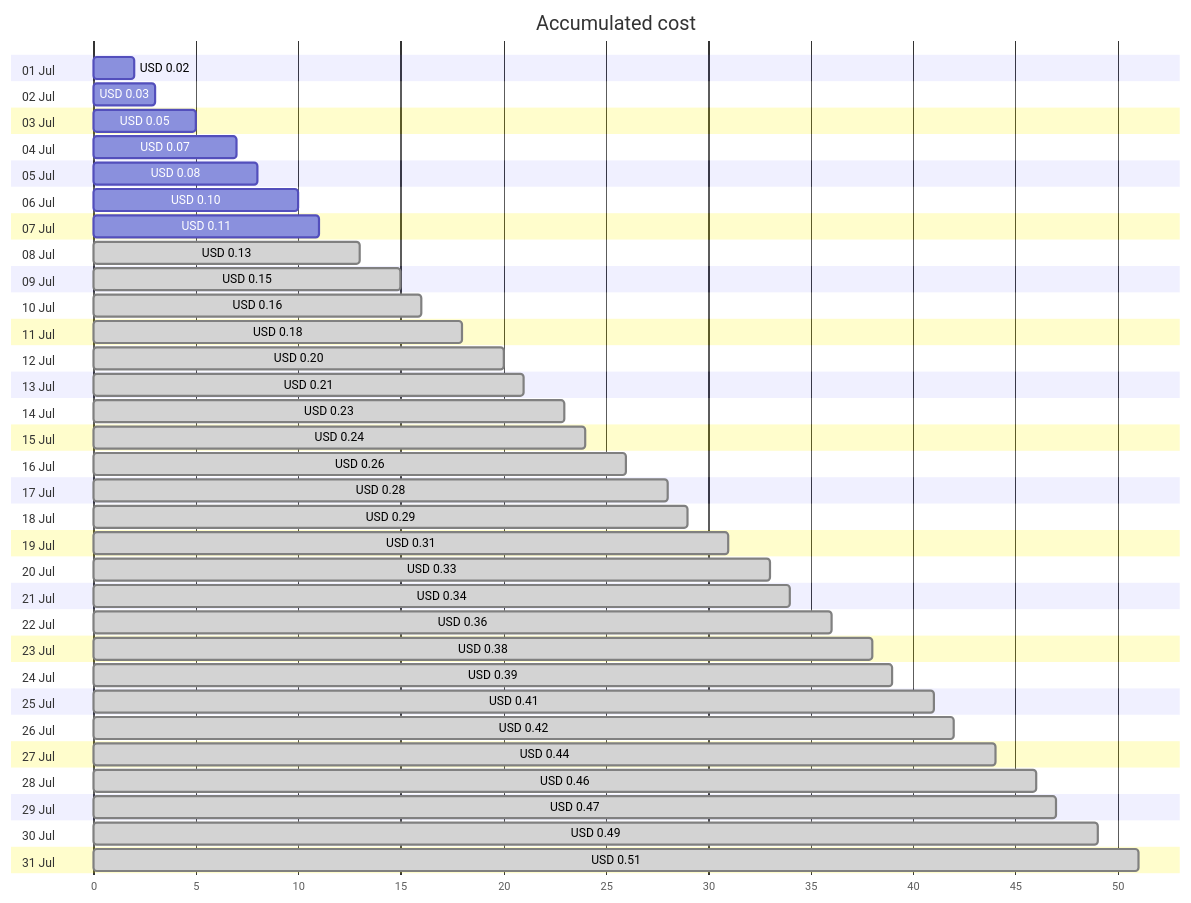
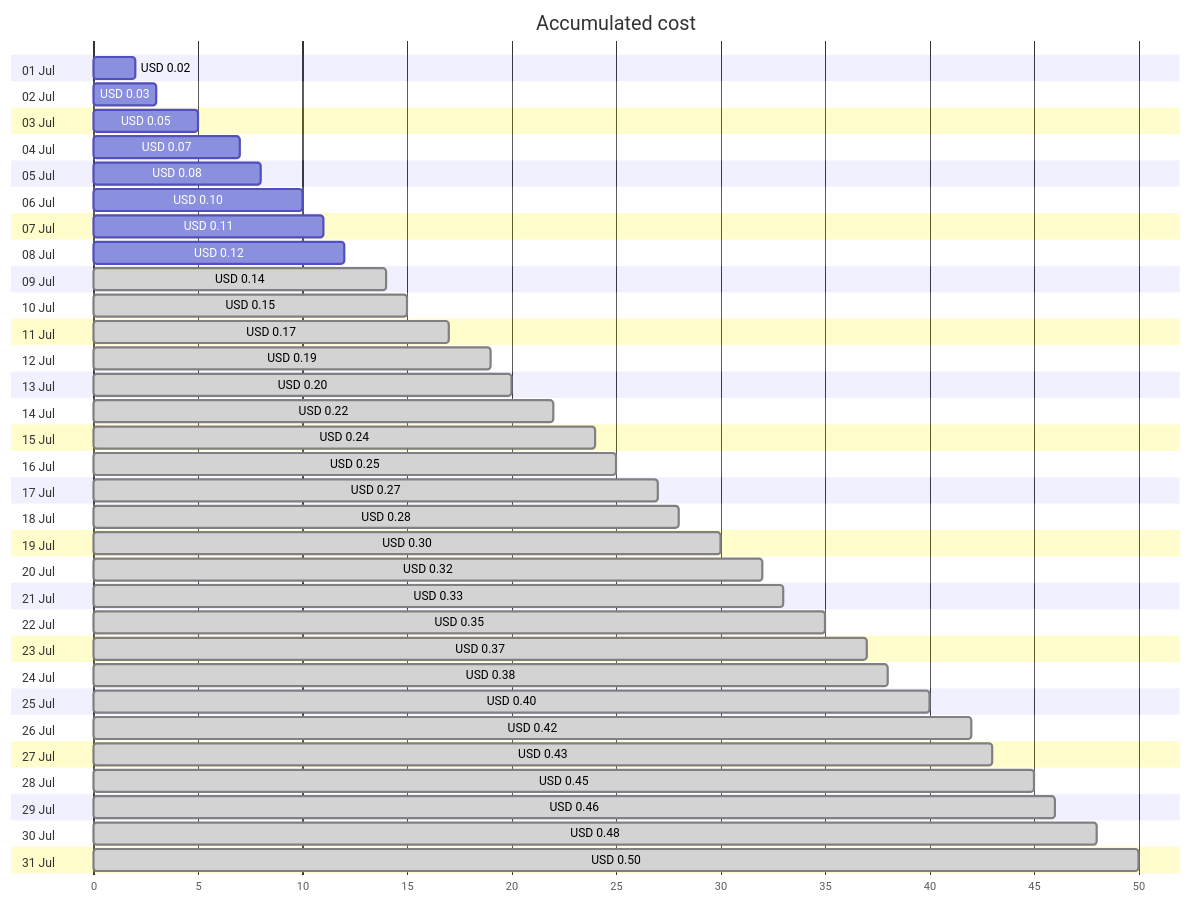
The first of 4 diagrams in cost-reports/personal-dns/jpatrickfulton.com.md (jpfulton/azure-personal-reports), drawn with Mermaid before and after one commit. The commit also changed other lines of this file and 2 other files, not shown here.

Commit message:
Generated reports [skip ci]

````diff
--- a/cost-reports/personal-dns/jpatrickfulton.com.md
+++ b/cost-reports/personal-dns/jpatrickfulton.com.md
@@ -20,68 +20,68 @@
 ```mermaid
 gantt
    title Accumulated cost
    dateFormat  X
    axisFormat %s
    section 01 Jul
    USD 0.02 :0, 2
    section 02 Jul
    USD 0.03 :0, 3
    section 03 Jul
    USD 0.05 :0, 5
    section 04 Jul
    USD 0.07 :0, 7
    section 05 Jul
    USD 0.08 :0, 8
    section 06 Jul
    USD 0.10 :0, 10
    section 07 Jul
    USD 0.11 :0, 11
    section 08 Jul
-   USD 0.13 : done, 0, 13
+   USD 0.12 :0, 12
    section 09 Jul
+   USD 0.14 : done, 0, 14
+   section 10 Jul
    USD 0.15 : done, 0, 15
-   section 10 Jul
-   USD 0.16 : done, 0, 16
    section 11 Jul
-   USD 0.18 : done, 0, 18
+   USD 0.17 : done, 0, 17
    section 12 Jul
+   USD 0.19 : done, 0, 19
+   section 13 Jul
    USD 0.20 : done, 0, 20
-   section 13 Jul
-   USD 0.21 : done, 0, 21
    section 14 Jul
-   USD 0.23 : done, 0, 23
+   USD 0.22 : done, 0, 22
    section 15 Jul
    USD 0.24 : done, 0, 24
    section 16 Jul
-   USD 0.26 : done, 0, 26
+   USD 0.25 : done, 0, 25
    section 17 Jul
+   USD 0.27 : done, 0, 27
+   section 18 Jul
    USD 0.28 : done, 0, 28
-   section 18 Jul
-   USD 0.29 : done, 0, 29
    section 19 Jul
-   USD 0.31 : done, 0, 31
+   USD 0.30 : done, 0, 30
    section 20 Jul
+   USD 0.32 : done, 0, 32
+   section 21 Jul
    USD 0.33 : done, 0, 33
-   section 21 Jul
-   USD 0.34 : done, 0, 34
    section 22 Jul
-   USD 0.36 : done, 0, 36
+   USD 0.35 : done, 0, 35
    section 23 Jul
+   USD 0.37 : done, 0, 37
+   section 24 Jul
    USD 0.38 : done, 0, 38
-   section 24 Jul
-   USD 0.39 : done, 0, 39
    section 25 Jul
-   USD 0.41 : done, 0, 41
+   USD 0.40 : done, 0, 40
    section 26 Jul
    USD 0.42 : done, 0, 42
    section 27 Jul
-   USD 0.44 : done, 0, 44
+   USD 0.43 : done, 0, 43
    section 28 Jul
+   USD 0.45 : done, 0, 45
+   section 29 Jul
    USD 0.46 : done, 0, 46
-   section 29 Jul
-   USD 0.47 : done, 0, 47
    section 30 Jul
-   USD 0.49 : done, 0, 49
+   USD 0.48 : done, 0, 48
    section 31 Jul
-   USD 0.51 : done, 0, 51
+   USD 0.50 : done, 0, 50
 ```
````
